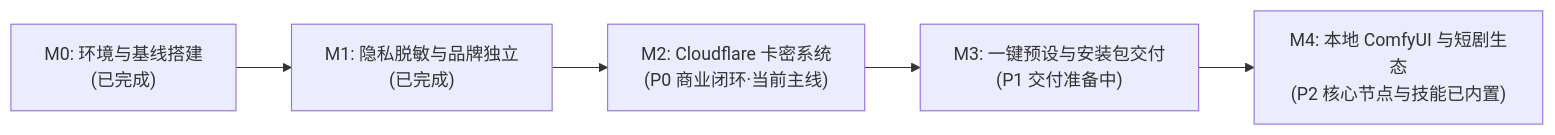
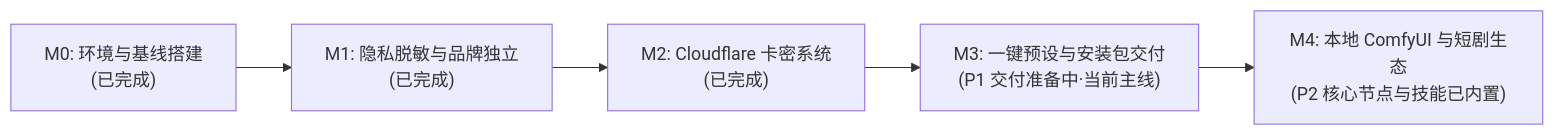
One commit to jiang225638/DramaAi changed the diagram in requirement-doc/03_任务进度与里程碑.md. Above: the diagram before and after it, drawn with Mermaid. The commit also changed other lines of this file and 10 other files, not shown here.

````diff
--- a/requirement-doc/03_任务进度与里程碑.md
+++ b/requirement-doc/03_任务进度与里程碑.md
@@ -12,7 +12,7 @@
 ```mermaid
 flowchart LR
     M0["M0: 环境与基线搭建<br/>(已完成)"] --> M1["M1: 隐私脱敏与品牌独立<br/>(已完成)"]
-    M1 --> M2["M2: Cloudflare 卡密系统<br/>(P0 商业闭环·当前主线)"]
-    M2 --> M3["M3: 一键预设与安装包交付<br/>(P1 交付准备中)"]
+    M1 --> M2["M2: Cloudflare 卡密系统<br/>(已完成)"]
+    M2 --> M3["M3: 一键预设与安装包交付<br/>(P1 交付准备中·当前主线)"]
     M3 --> M4["M4: 本地 ComfyUI 与短剧生态<br/>(P2 核心节点与技能已内置)"]
 ```
````
